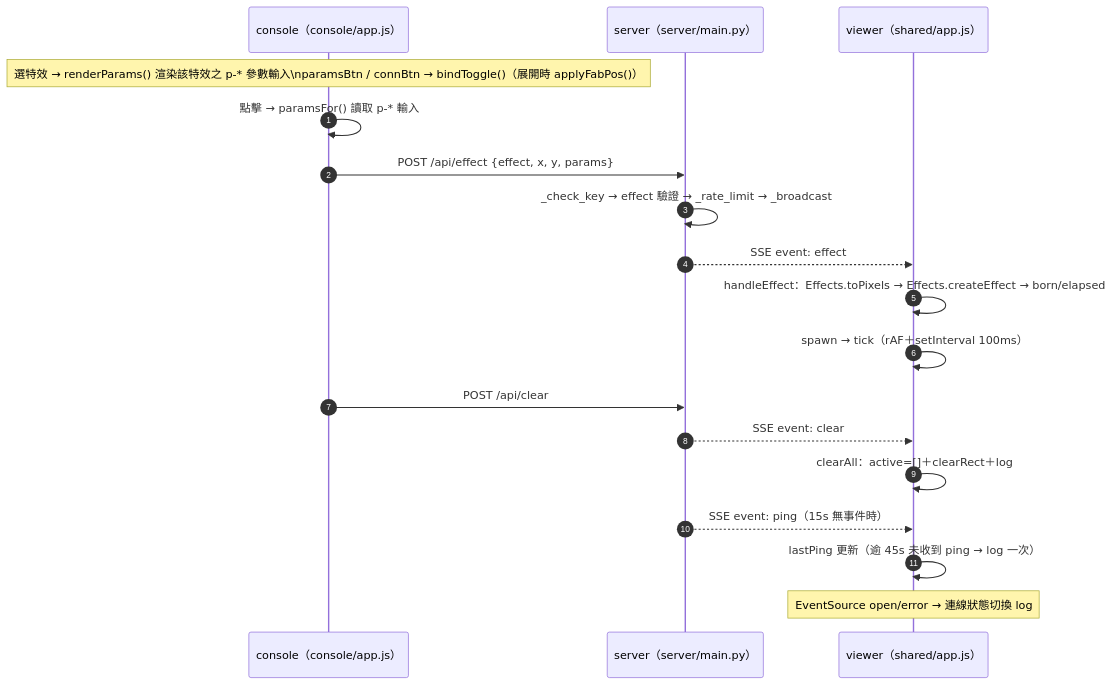
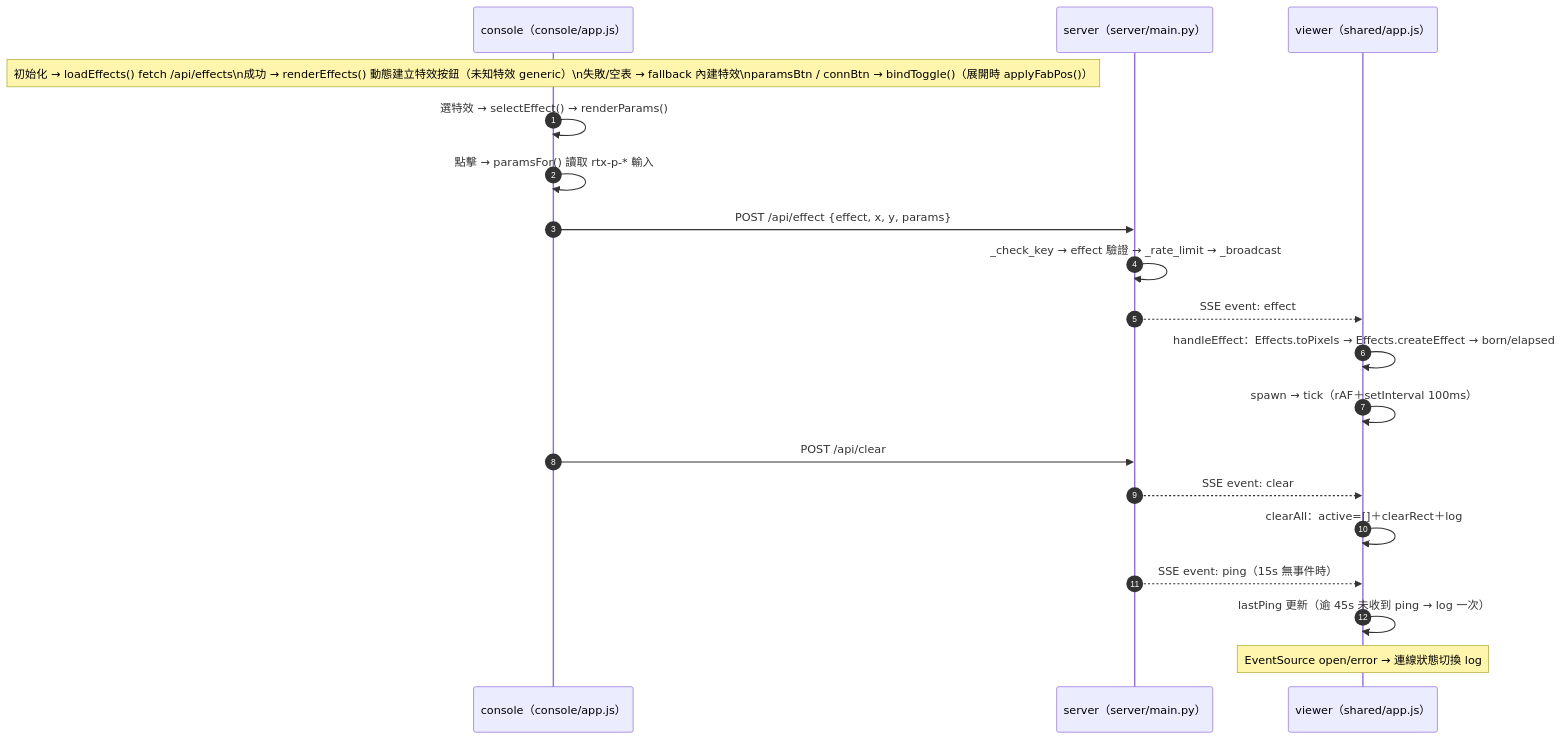
The third of 6 diagrams in docs/agents/CALL_GRAPH.md (zivngit/Real-time-Interaction-html), drawn with Mermaid before and after one commit. The commit also changed other lines of this file and 7 other files, not shown here.

````diff
--- a/docs/agents/CALL_GRAPH.md
+++ b/docs/agents/CALL_GRAPH.md
@@ -87,21 +89,22 @@
 ```mermaid
 sequenceDiagram
     autonumber
     participant C as console（console/app.js）
     participant S as server（server/main.py）
     participant V as viewer（shared/app.js）
 
-    Note over C: 選特效 → renderParams() 渲染該特效之 p-* 參數輸入\nparamsBtn / connBtn → bindToggle()（展開時 applyFabPos()）
-    C->>C: 點擊 → paramsFor() 讀取 p-* 輸入
+    Note over C: 初始化 → loadEffects() fetch /api/effects\n成功 → renderEffects() 動態建立特效按鈕（未知特效 generic）\n失敗/空表 → fallback 內建特效\nparamsBtn / connBtn → bindToggle()（展開時 applyFabPos()）
+    C->>C: 選特效 → selectEffect() → renderParams()
+    C->>C: 點擊 → paramsFor() 讀取 rtx-p-* 輸入
     C->>S: POST /api/effect {effect, x, y, params}
     S->>S: _check_key → effect 驗證 → _rate_limit → _broadcast
     S-->>V: SSE event: effect
     V->>V: handleEffect：Effects.toPixels → Effects.createEffect → born/elapsed
     V->>V: spawn → tick（rAF＋setInterval 100ms）
     C->>S: POST /api/clear
     S-->>V: SSE event: clear
     V->>V: clearAll：active=[]＋clearRect＋log
     S-->>V: SSE event: ping（15s 無事件時）
     V->>V: lastPing 更新（逾 45s 未收到 ping → log 一次）
     Note over V: EventSource open/error → 連線狀態切換 log
 ```
````
